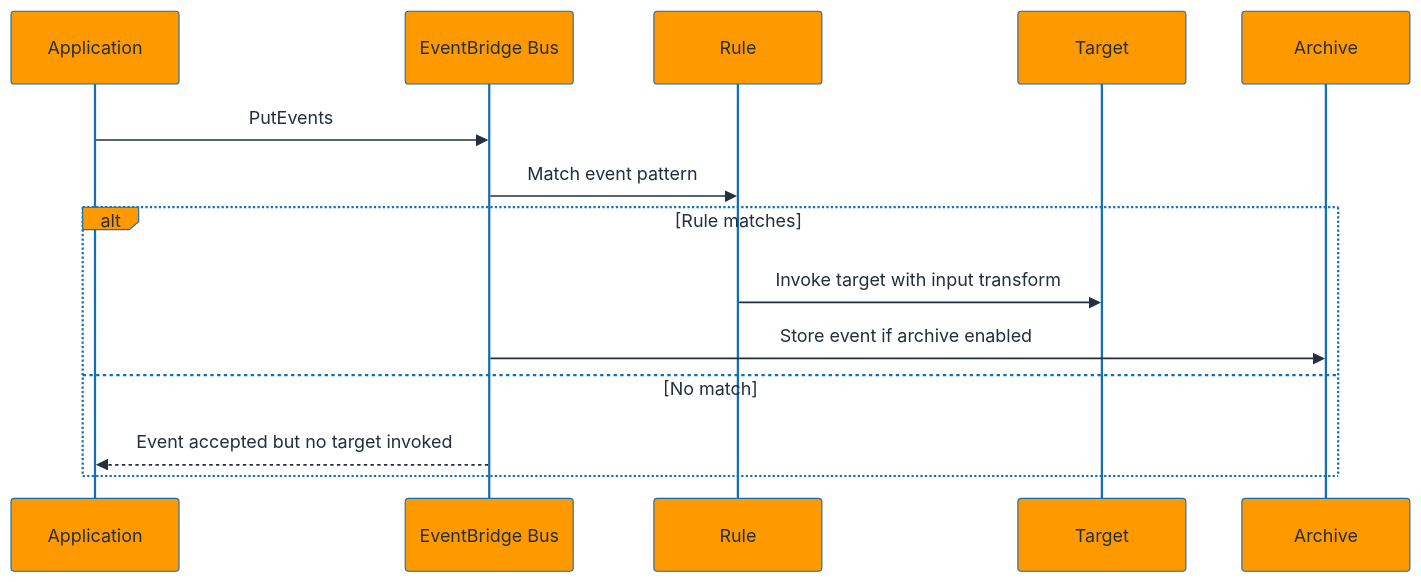
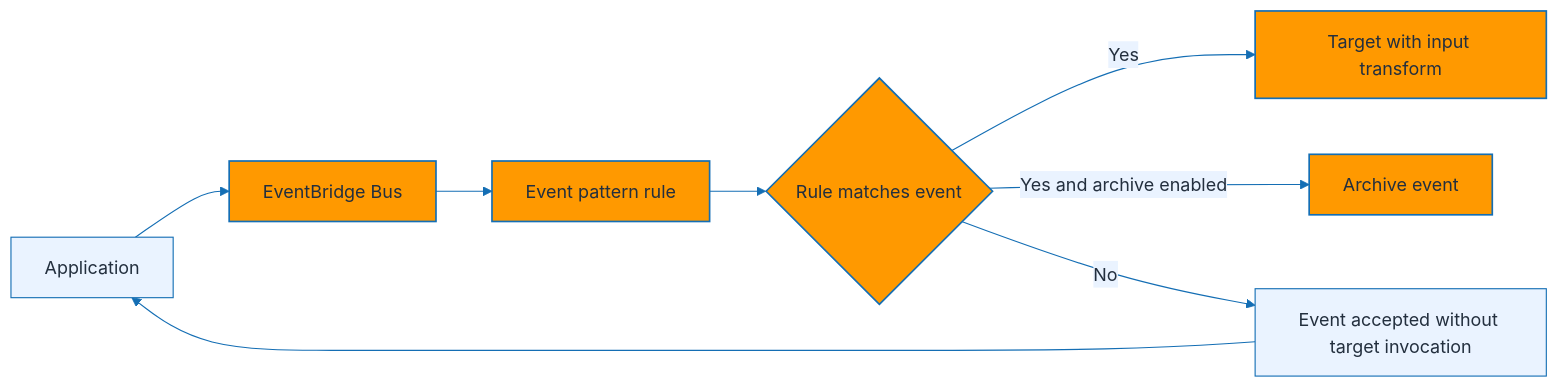
One commit to ShasidharReddy/AWS-Cloud-Engineer changed the seventh of 31 diagrams in Serverless/README.md. Above: the diagram before and after it, drawn with Mermaid. The commit also changed other lines of this file and 14 other files, not shown here.

Commit message:
fix: resolve Mermaid rendering errors and add official AWS documentation links (#4)

````diff
--- a/Serverless/README.md
+++ b/Serverless/README.md
@@ -432,17 +426,15 @@
 ```mermaid
 %%{init: {'theme': 'base', 'themeVariables': { 'fontFamily': 'Inter, Arial', 'primaryColor': '#FF9900', 'primaryTextColor': '#232F3E', 'primaryBorderColor': '#146EB4', 'lineColor': '#146EB4', 'secondaryColor': '#EAF3FF', 'tertiaryColor': '#FFFFFF', 'clusterBkg': '#F7F7F7', 'clusterBorder': '#146EB4' }}}%%
-sequenceDiagram
-    participant App as Application
-    participant Bus as EventBridge Bus
-    participant Rule as Rule
-    participant Target as Target
-    participant Archive as Archive
-    App->>Bus: PutEvents
-    Bus->>Rule: Match event pattern
-    alt Rule matches
-        Rule->>Target: Invoke target with input transform
-        Bus->>Archive: Store event if archive enabled
-    else No match
-        Bus-->>App: Event accepted but no target invoked
-    end
+flowchart LR
+    Application[Application] --> Bus[EventBridge Bus]
+    Bus --> Rule[Event pattern rule]
+    Rule --> Match{Rule matches event}
+    Match -->|Yes| Target[Target with input transform]
+    Match -->|Yes and archive enabled| Archive[Archive event]
+    Match -->|No| Accepted[Event accepted without target invocation]
+    Accepted --> Application
+    classDef aws fill:#FF9900,color:#232F3E,stroke:#146EB4,stroke-width:1.5px;
+    classDef support fill:#EAF3FF,color:#232F3E,stroke:#146EB4,stroke-width:1px;
+    class Bus,Rule,Target,Archive,Match aws;
+    class Application,Accepted support;
 ```
````
